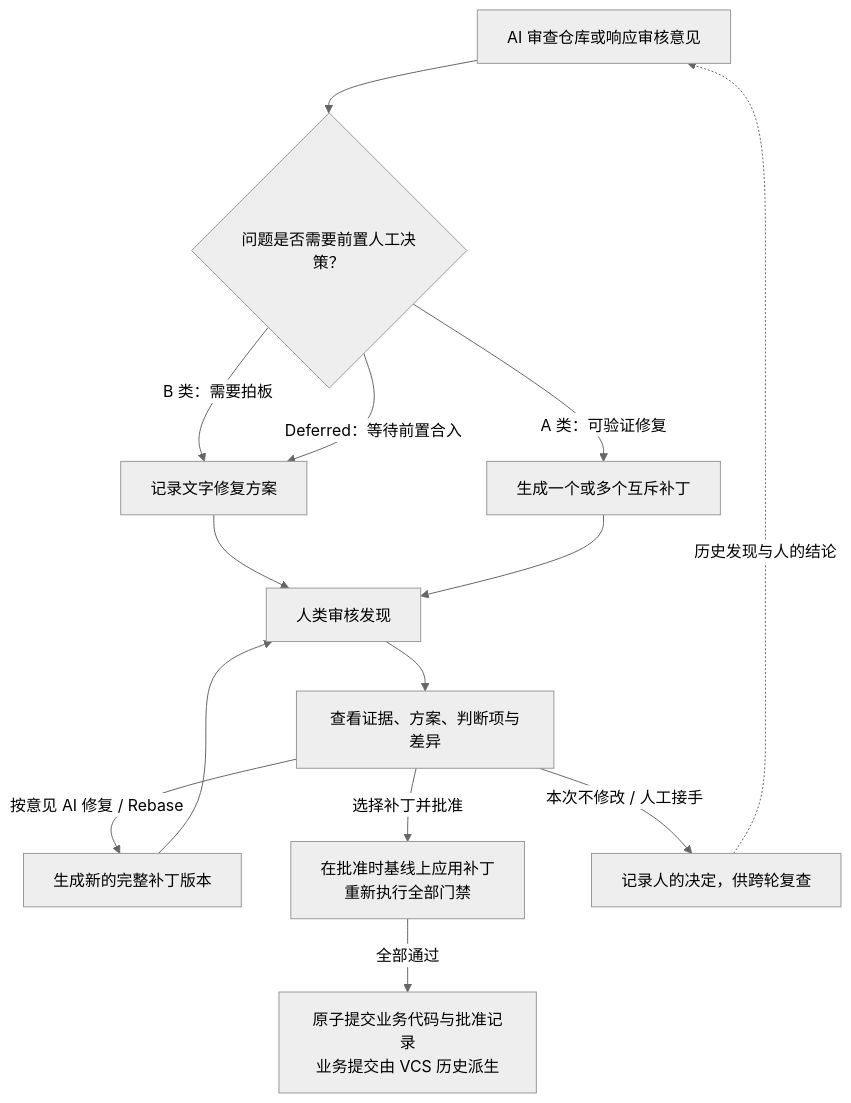
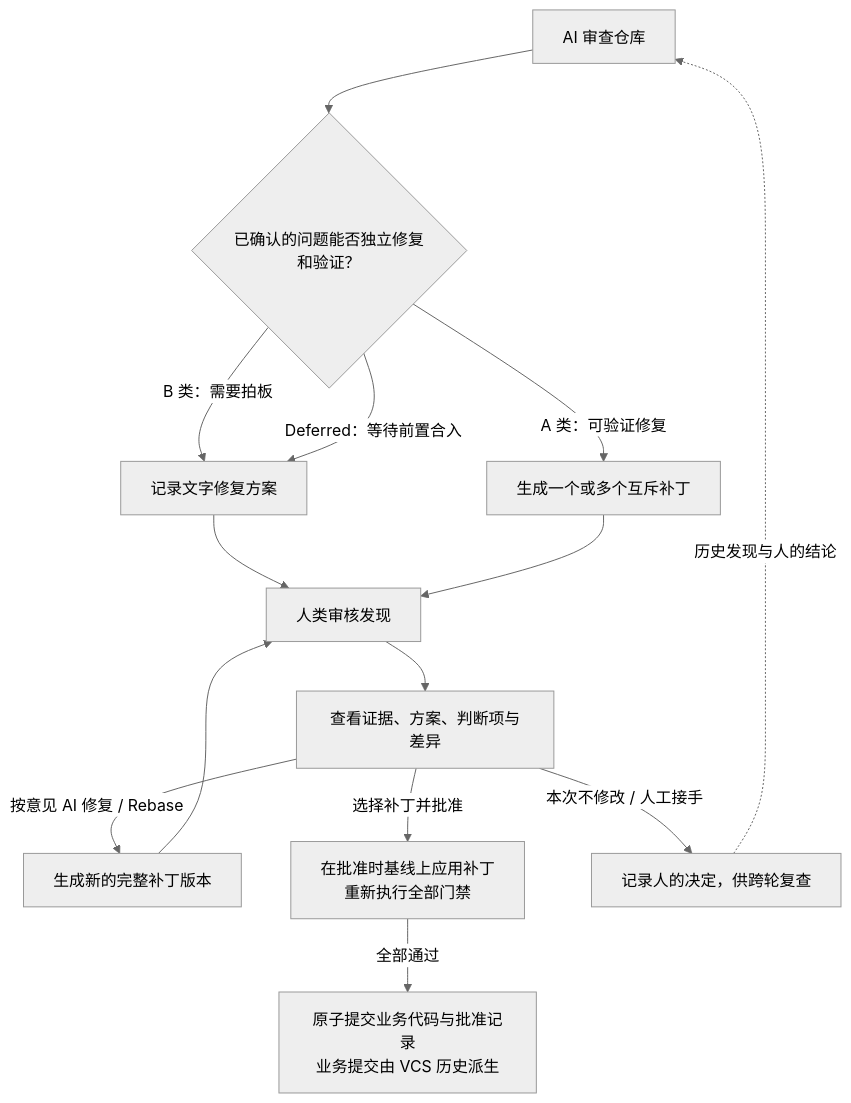
One commit to stallboy/dsh-review changed the diagram in SPEC.md. Above: the diagram before and after it, drawn with Mermaid (neutral theme). The commit also changed other lines of this file and 1 other file, not shown here.

````diff
--- a/SPEC.md
+++ b/SPEC.md
@@ -35,16 +35,16 @@
 ```mermaid
 flowchart TD
-    AUDIT["AI 审查仓库或响应审核意见"] --> TRIAGE{"问题是否需要前置人工决策？"}
+    AUDIT["AI 审查仓库"] --> TRIAGE{"已确认的问题能否独立修复和验证？"}
     TRIAGE -->|"A 类：可验证修复"| CAND["生成一个或多个互斥补丁"]
     TRIAGE -->|"B 类：需要拍板"| REPORT["记录文字修复方案"]
     TRIAGE -->|"Deferred：等待前置合入"| REPORT
     REPORT --> QUEUE["人类审核发现"]
     CAND --> QUEUE
     QUEUE --> DETAIL["查看证据、方案、判断项与差异"]
     DETAIL -->|"按意见 AI 修复 / Rebase"| FIX["生成新的完整补丁版本"]
     FIX --> QUEUE
     DETAIL -->|"选择补丁并批准"| GATE["在批准时基线上应用补丁<br/>重新执行全部门禁"]
     GATE -->|"全部通过"| COMMIT["原子提交业务代码与批准记录<br/>业务提交由 VCS 历史派生"]
     DETAIL -->|"本次不修改 / 人工接手"| RECHECK["记录人的决定，供跨轮复查"]
     RECHECK -.->|"历史发现与人的结论"| AUDIT
 ```
````
